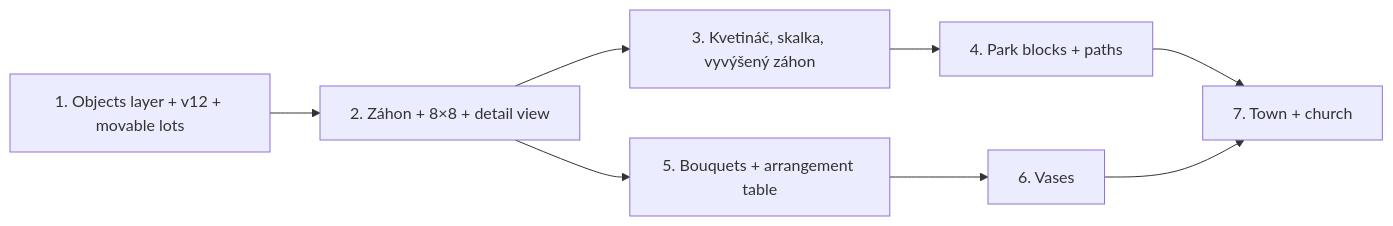
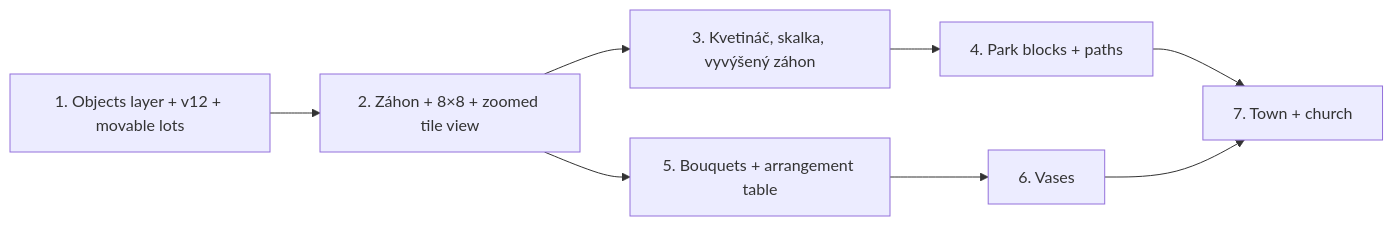
One commit to marekvasko/magic-flowers changed the second of 2 diagrams in docs/design/156-zahrada-dekoracia.md. Above: the diagram before and after it, drawn with Mermaid. The commit also changed other lines of this file, not shown here.

Commit message:
Návrh #156: detail záhonu ako priblížené políčko (B)

````diff
--- a/docs/design/156-zahrada-dekoracia.md
+++ b/docs/design/156-zahrada-dekoracia.md
@@ -158,10 +165,10 @@
 ```mermaid
 flowchart LR
-  P1["1. Objects layer + v12 + movable lots"] --> P2["2. Záhon + 8×8 + detail view"]
+  P1["1. Objects layer + v12 + movable lots"] --> P2["2. Záhon + 8×8 + zoomed tile view"]
   P2 --> P3["3. Kvetináč, skalka, vyvýšený záhon"]
   P3 --> P4["4. Park blocks + paths"]
   P2 --> P5["5. Bouquets + arrangement table"]
   P5 --> P6["6. Vases"]
   P4 --> P7["7. Town + church"]
   P6 --> P7
 ```
````
